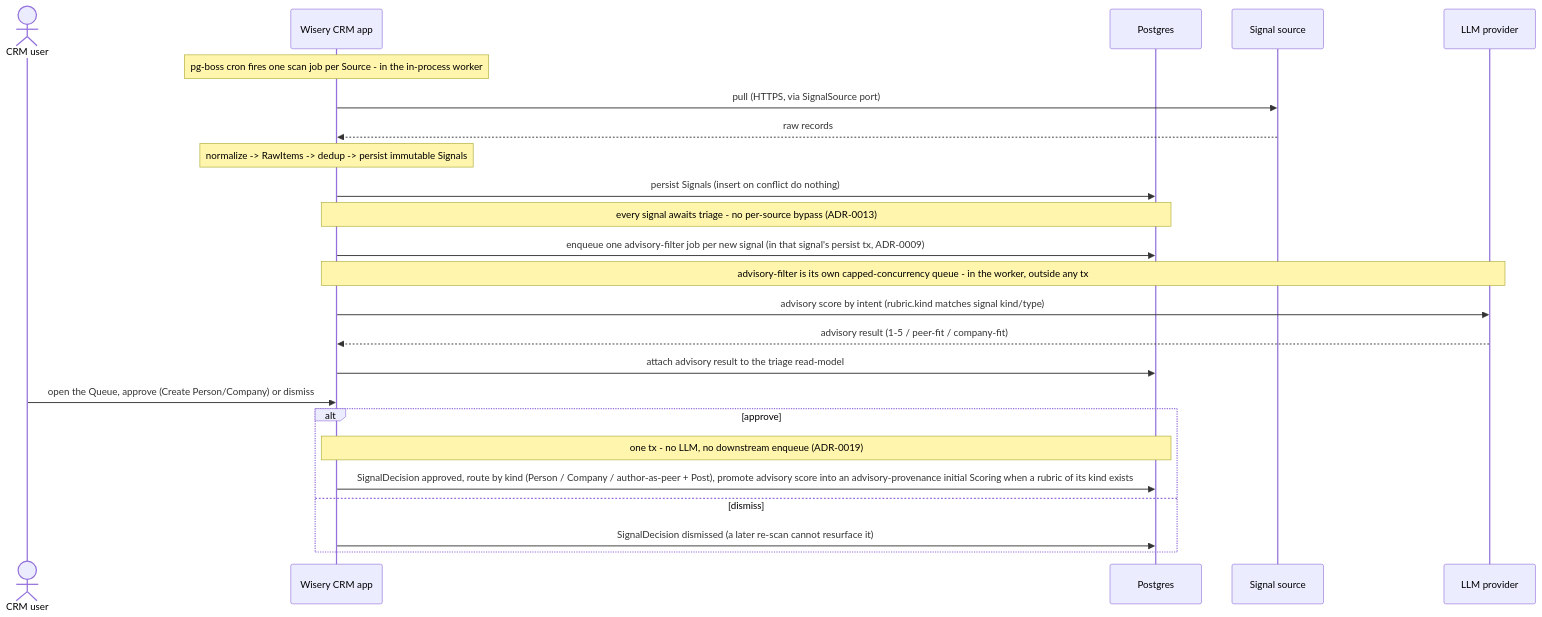
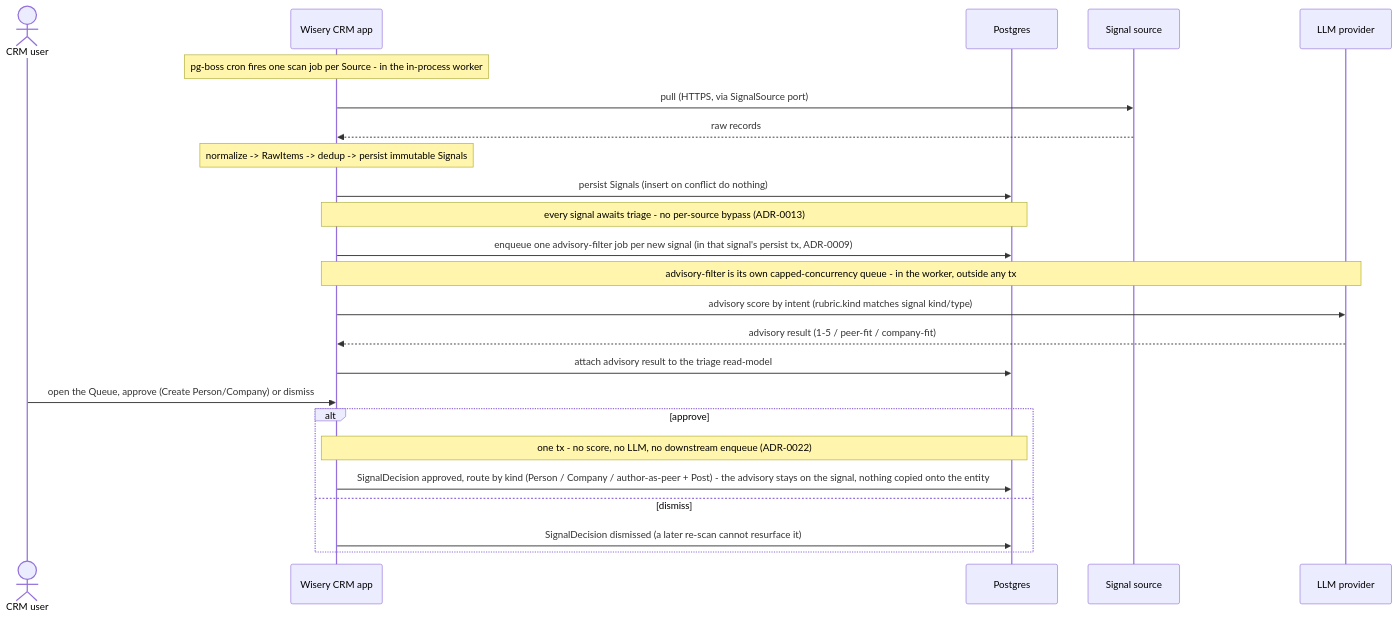
One commit to m-ratnikov/wisery-crm changed the fifth of 10 diagrams in docs/architecture/system-design.md. Above: the diagram before and after it, drawn with Mermaid. The commit also changed other lines of this file and 102 other files, not shown here.

First line of the commit message:
Signal advisory becomes the only score; remove qualification stage

````diff
--- a/docs/architecture/system-design.md
+++ b/docs/architecture/system-design.md
@@ -175,27 +176,27 @@
 ```mermaid
 sequenceDiagram
     actor U as CRM user
     participant App as Wisery CRM app
     participant DB as Postgres
     participant SRC as Signal source
     participant LLM as LLM provider
 
     Note over App: pg-boss cron fires one scan job per Source - in the in-process worker
     App->>SRC: pull (HTTPS, via SignalSource port)
     SRC-->>App: raw records
     Note over App: normalize -> RawItems -> dedup -> persist immutable Signals
     App->>DB: persist Signals (insert on conflict do nothing)
     Note over App,DB: every signal awaits triage - no per-source bypass (ADR-0013)
     App->>DB: enqueue one advisory-filter job per new signal (in that signal's persist tx, ADR-0009)
     Note over App,LLM: advisory-filter is its own capped-concurrency queue - in the worker, outside any tx
     App->>LLM: advisory score by intent (rubric.kind matches signal kind/type)
     LLM-->>App: advisory result (1-5 / peer-fit / company-fit)
     App->>DB: attach advisory result to the triage read-model
     U->>App: open the Queue, approve (Create Person/Company) or dismiss
     alt approve
-        Note over App,DB: one tx - no LLM, no downstream enqueue (ADR-0019)
-        App->>DB: SignalDecision approved, route by kind (Person / Company / author-as-peer + Post), promote advisory score into an advisory-provenance initial Scoring when a rubric of its kind exists
+        Note over App,DB: one tx - no score, no LLM, no downstream enqueue (ADR-0022)
+        App->>DB: SignalDecision approved, route by kind (Person / Company / author-as-peer + Post) - the advisory stays on the signal, nothing copied onto the entity
     else dismiss
         App->>DB: SignalDecision dismissed (a later re-scan cannot resurface it)
     end
 ```
````
